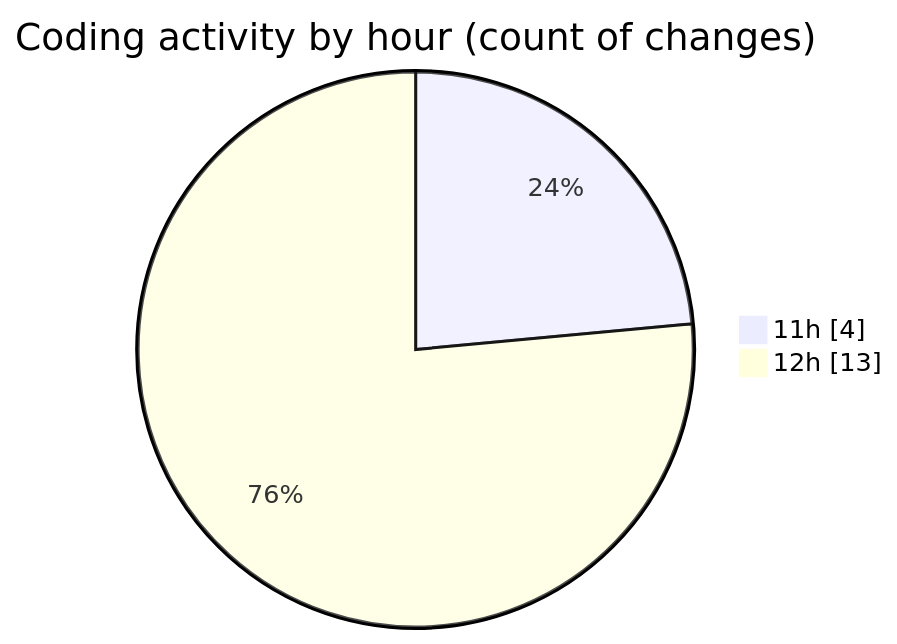
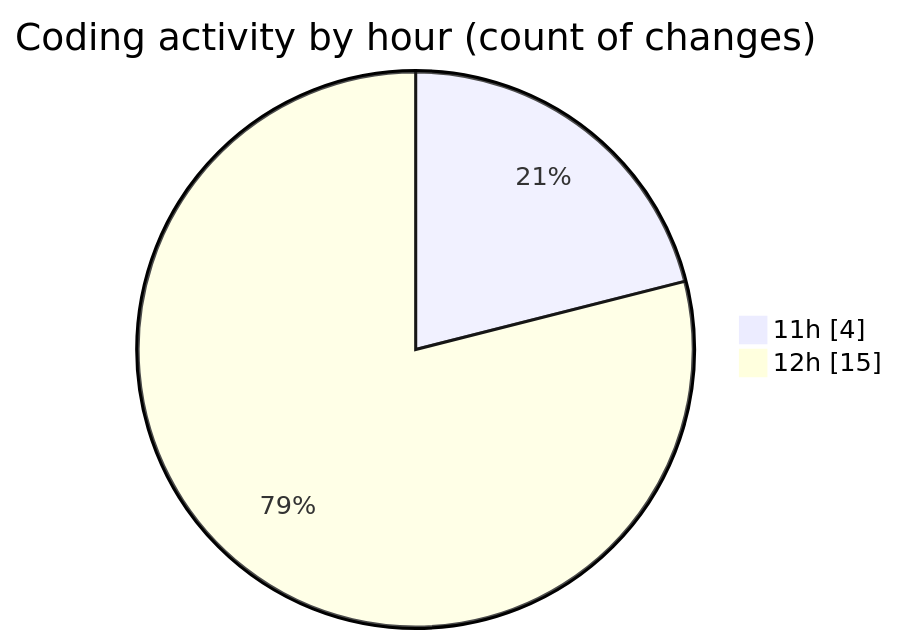
Before and after one commit to LanceThiago/code-tracking: the second of 2 diagrams in 2025-01-22/includes/README.md, drawn with Mermaid. The commit also changed other lines of this file and 1 other file, not shown here.

````diff
--- a/2025-01-22/includes/README.md
+++ b/2025-01-22/includes/README.md
@@ -29,6 +29,6 @@
 ```mermaid
 pie showData
 title Coding activity by hour (count of changes)
 "11h" : 4
-"12h" : 13
+"12h" : 15
 ```
````
